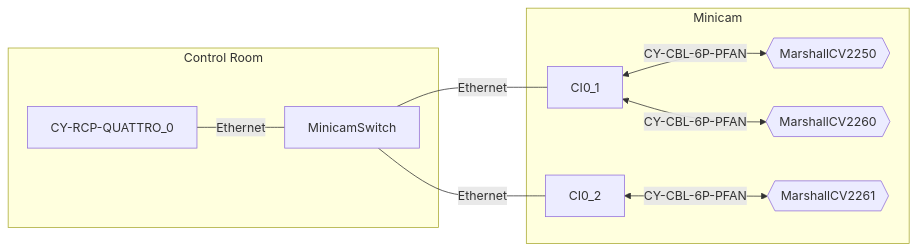
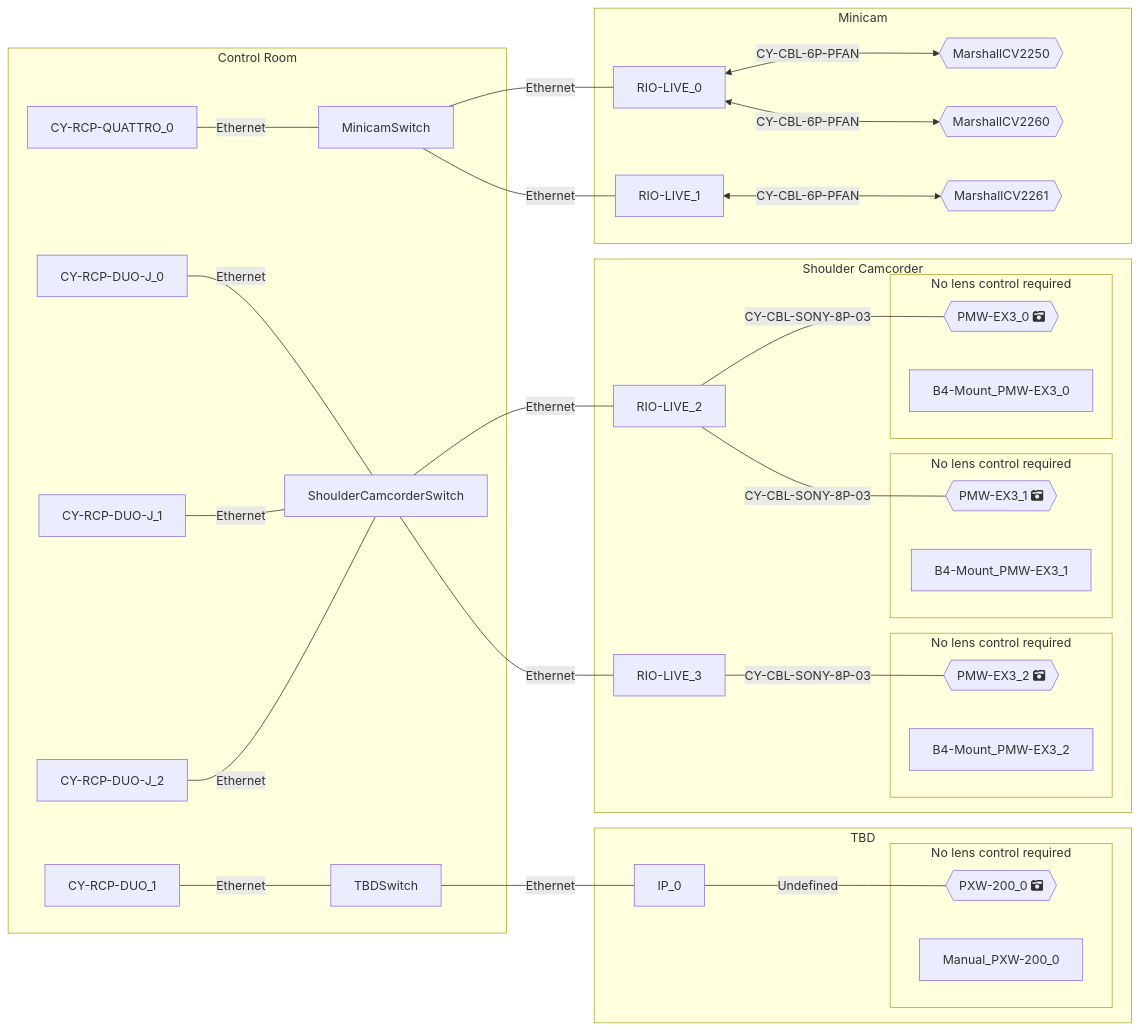
One commit to Rascarquapac/cyansim changed the diagram in debug/mermaid_code_obj.md. Above: the diagram before and after it, drawn with Mermaid. The commit also changed 13 other files, not shown here.

```diff
--- a/debug/mermaid_code_obj.md
+++ b/debug/mermaid_code_obj.md
@@ -1,14 +1,45 @@
 :::mermaid
 graph RL
 subgraph Minicam
-CV225_0{{"MarshallCV2250"}}<-->|CY-CBL-6P-PFAN|CI0_1
-CV226_0{{"MarshallCV2260"}}<-->|CY-CBL-6P-PFAN|CI0_1
-CV226_1{{"MarshallCV2261"}}<-->|CY-CBL-6P-PFAN|CI0_2
+CV225_0{{"MarshallCV2250"}}<-->|CY-CBL-6P-PFAN|RIO-LIVE_0
+CV226_0{{"MarshallCV2260"}}<-->|CY-CBL-6P-PFAN|RIO-LIVE_0
+CV226_1{{"MarshallCV2261"}}<-->|CY-CBL-6P-PFAN|RIO-LIVE_1
+end
+subgraph Shoulder Camcorder
+PMW-EX3_0{{"PMW-EX3_0 fa:fa-camera-retro"}}---|CY-CBL-SONY-8P-03|RIO-LIVE_2
+  subgraph PMW-EX3_0_cameralens [No lens control required]
+    PMW-EX3_0
+    B4-Mount_PMW-EX3_0
+  end
+PMW-EX3_1{{"PMW-EX3_1 fa:fa-camera-retro"}}---|CY-CBL-SONY-8P-03|RIO-LIVE_2
+  subgraph PMW-EX3_1_cameralens [No lens control required]
+    PMW-EX3_1
+    B4-Mount_PMW-EX3_1
+  end
+PMW-EX3_2{{"PMW-EX3_2 fa:fa-camera-retro"}}---|CY-CBL-SONY-8P-03|RIO-LIVE_3
+  subgraph PMW-EX3_2_cameralens [No lens control required]
+    PMW-EX3_2
+    B4-Mount_PMW-EX3_2
+  end
+end
+subgraph TBD
+PXW-200_0{{"PXW-200_0 fa:fa-camera-retro"}}---|Undefined|IP_0
+  subgraph PXW-200_0_cameralens [No lens control required]
+    PXW-200_0
+    Manual_PXW-200_0
+  end
 end
 subgraph "Control Room" 
-CI0_1 --- |Ethernet|MinicamSwitch
-CI0_2 --- |Ethernet|MinicamSwitch
+RIO-LIVE_0 --- |Ethernet|MinicamSwitch
+RIO-LIVE_1 --- |Ethernet|MinicamSwitch
+RIO-LIVE_2 --- |Ethernet|ShoulderCamcorderSwitch
+RIO-LIVE_3 --- |Ethernet|ShoulderCamcorderSwitch
+IP_0 --- |Ethernet|TBDSwitch
 MinicamSwitch --- |Ethernet|CY-RCP-QUATTRO_0
+ShoulderCamcorderSwitch --- |Ethernet|CY-RCP-DUO-J_0
+ShoulderCamcorderSwitch --- |Ethernet|CY-RCP-DUO-J_1
+ShoulderCamcorderSwitch --- |Ethernet|CY-RCP-DUO-J_2
+TBDSwitch --- |Ethernet|CY-RCP-DUO_1
 end
 
 :::
```
